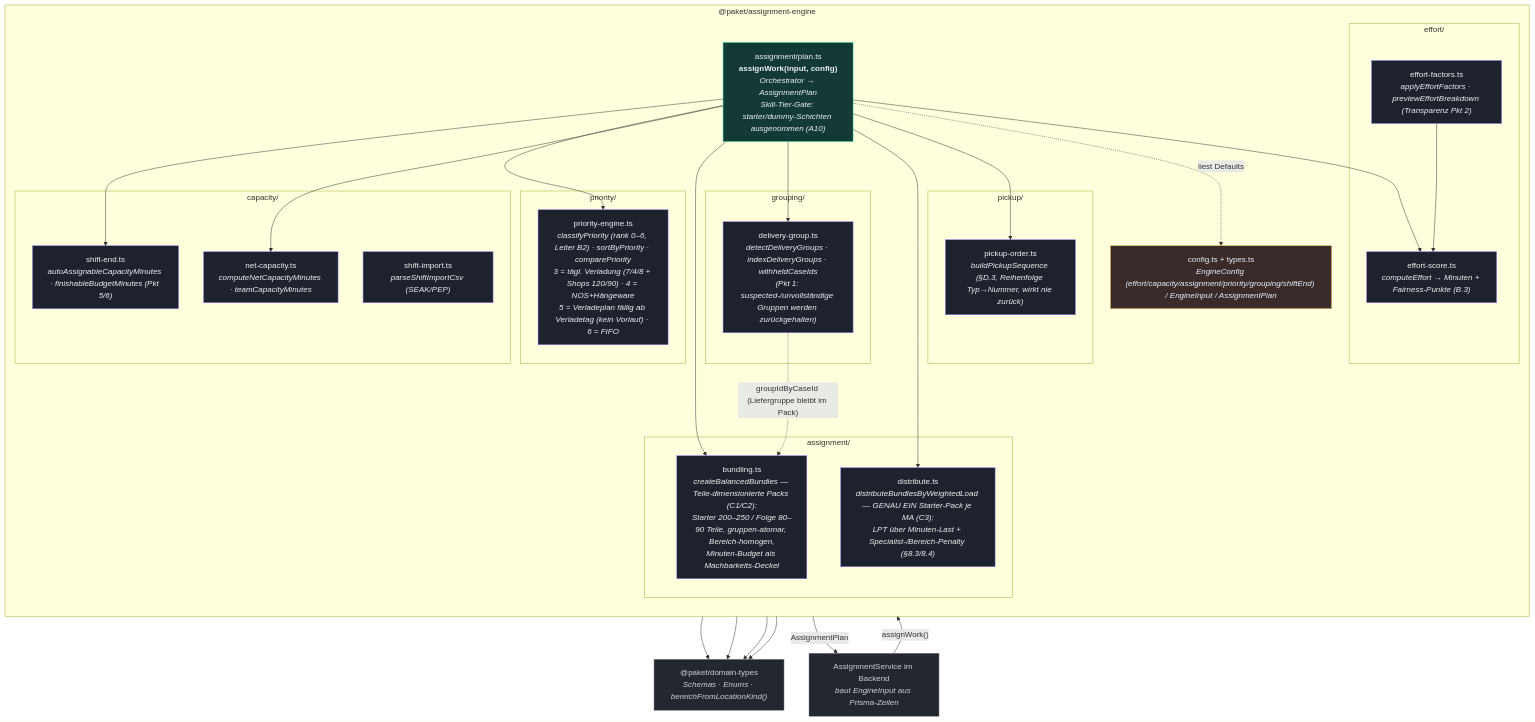
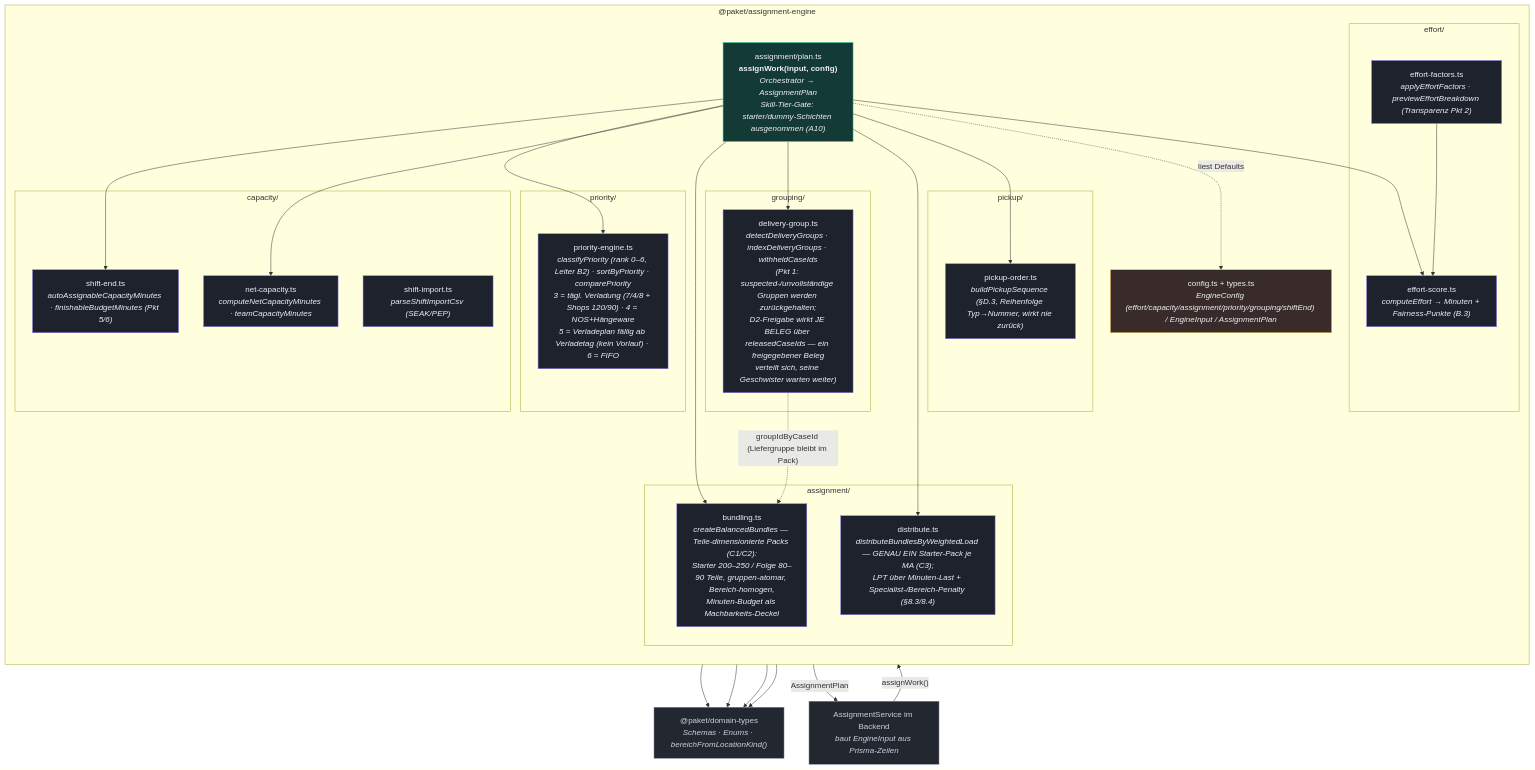
Before and after one commit to officialoniichat/paketdispov2: the diagram in docs/architecture/src/c3-engine-components.mmd, drawn with Mermaid. The commit also changed 30 other files, not shown here.

```diff
--- a/docs/architecture/src/c3-engine-components.mmd
+++ b/docs/architecture/src/c3-engine-components.mmd
@@ -1,61 +1,61 @@
 %% C4 Ebene 3 — Komponenten: @paket/assignment-engine (pur, deterministisch)
 %% Verifiziert gegen packages/assignment-engine/src/* (assignment/plan.ts als Orchestrator,
 %% priority/, effort/{effort-score,effort-factors}.ts, assignment/{bundling,distribute}.ts,
 %% capacity/{net-capacity,shift-import,shift-end}.ts, grouping/delivery-group.ts, pickup/, config.ts, types.ts)
 %% — Teile-Modell nach Teamlead-Feedback 03.07.2026 (Skill-Tier-Gate, Starter-Packs, Self-Pull-Pool).
 flowchart TB
     classDef orch fill:#143a35,stroke:#2dd4a7,color:#eef1f6;
     classDef mod fill:#1d222c,stroke:#8b7cf6,color:#eef1f6;
     classDef io fill:#23272f,stroke:#7c8696,color:#cbd2dd;
     classDef cfg fill:#3a2b2b,stroke:#f5b955,color:#eef1f6;
 
     caller["AssignmentService im Backend<br/><i>baut EngineInput aus Prisma-Zeilen</i>"]:::io
 
     subgraph engine["@paket/assignment-engine"]
         direction TB
         plan["assignment/plan.ts<br/><b>assignWork(input, config)</b><br/><i>Orchestrator → AssignmentPlan<br/>Skill-Tier-Gate: starter/dummy-Schichten ausgenommen (A10)</i>"]:::orch
 
         subgraph prio["priority/"]
             priEng["priority-engine.ts<br/><i>classifyPriority (rank 0–6, Leiter B2) · sortByPriority · comparePriority<br/>3 = tägl. Verladung (7/4/8 + Shops 120/90) · 4 = NOS+Hängeware<br/>5 = Verladeplan fällig ab Verladetag (kein Vorlauf) · 6 = FIFO</i>"]:::mod
         end
         subgraph eff["effort/"]
             effSc["effort-score.ts<br/><i>computeEffort → Minuten + Fairness-Punkte (B.3)</i>"]:::mod
             effFac["effort-factors.ts<br/><i>applyEffortFactors · previewEffortBreakdown (Transparenz Pkt 2)</i>"]:::mod
         end
         subgraph cap["capacity/"]
             netCap["net-capacity.ts<br/><i>computeNetCapacityMinutes · teamCapacityMinutes</i>"]:::mod
             shImp["shift-import.ts<br/><i>parseShiftImportCsv (SEAK/PEP)</i>"]:::mod
             shEnd["shift-end.ts<br/><i>autoAssignableCapacityMinutes · finishableBudgetMinutes (Pkt 5/6)</i>"]:::mod
         end
         subgraph asg["assignment/"]
             bundling["bundling.ts<br/><i>createBalancedBundles — Teile-dimensionierte Packs (C1/C2):<br/>Starter 200–250 / Folge 80–90 Teile, gruppen-atomar, Bereich-homogen,<br/>Minuten-Budget als Machbarkeits-Deckel</i>"]:::mod
             distribute["distribute.ts<br/><i>distributeBundlesByWeightedLoad — GENAU EIN Starter-Pack je MA (C3);<br/>LPT über Minuten-Last + Specialist-/Bereich-Penalty (§8.3/8.4)</i>"]:::mod
         end
         subgraph grp["grouping/"]
-            delivery["delivery-group.ts<br/><i>detectDeliveryGroups · indexDeliveryGroups · withheldCaseIds<br/>(Pkt 1: suspected-/unvollständige Gruppen werden zurückgehalten)</i>"]:::mod
+            delivery["delivery-group.ts<br/><i>detectDeliveryGroups · indexDeliveryGroups · withheldCaseIds<br/>(Pkt 1: suspected-/unvollständige Gruppen werden zurückgehalten;<br/>D2-Freigabe wirkt JE BELEG über releasedCaseIds — ein freigegebener Beleg<br/>verteilt sich, seine Geschwister warten weiter)</i>"]:::mod
         end
         subgraph pck["pickup/"]
             pickup["pickup-order.ts<br/><i>buildPickupSequence (§D.3, Reihenfolge Typ→Nummer, wirkt nie zurück)</i>"]:::mod
         end
         config["config.ts + types.ts<br/><i>EngineConfig (effort/capacity/assignment/priority/grouping/shiftEnd) / EngineInput / AssignmentPlan</i>"]:::cfg
     end
 
     types["@paket/domain-types<br/><i>Schemas · Enums · bereichFromLocationKind()</i>"]:::io
 
     caller -->|"assignWork()"| plan
     plan --> shEnd
     plan --> priEng
     plan --> effSc
     plan --> netCap
     plan --> bundling
     plan --> delivery
     plan --> distribute
     plan --> pickup
     delivery -. "groupIdByCaseId (Liefergruppe bleibt im Pack)" .-> bundling
     plan -. "liest Defaults" .-> config
     priEng --> types
     effSc --> types
     effFac --> effSc
     pickup --> types
     config --> types
     plan -->|"AssignmentPlan"| caller
```
